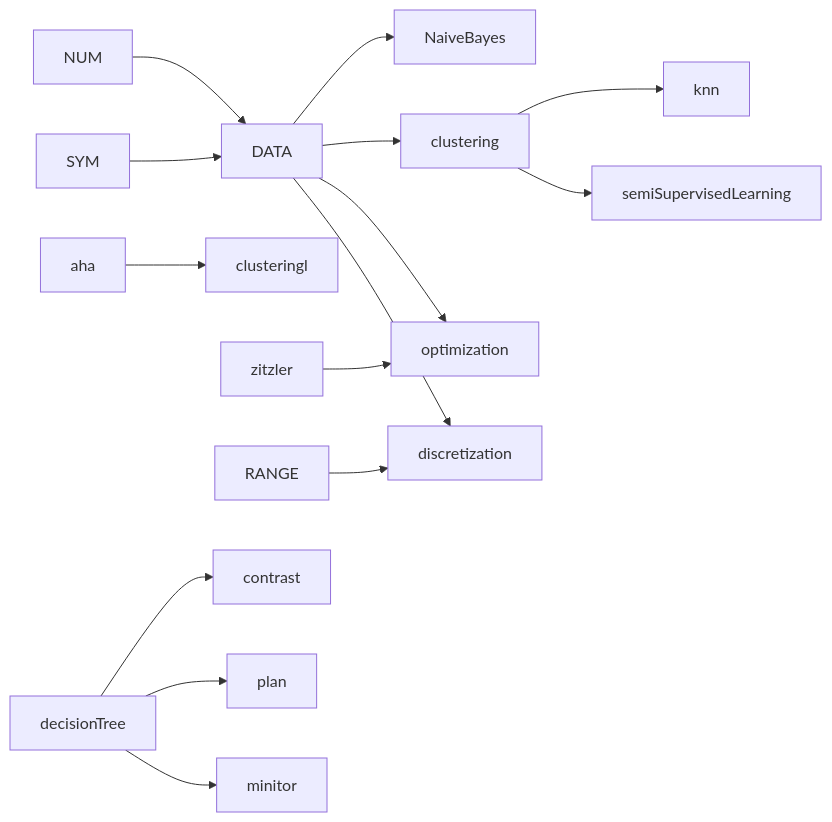
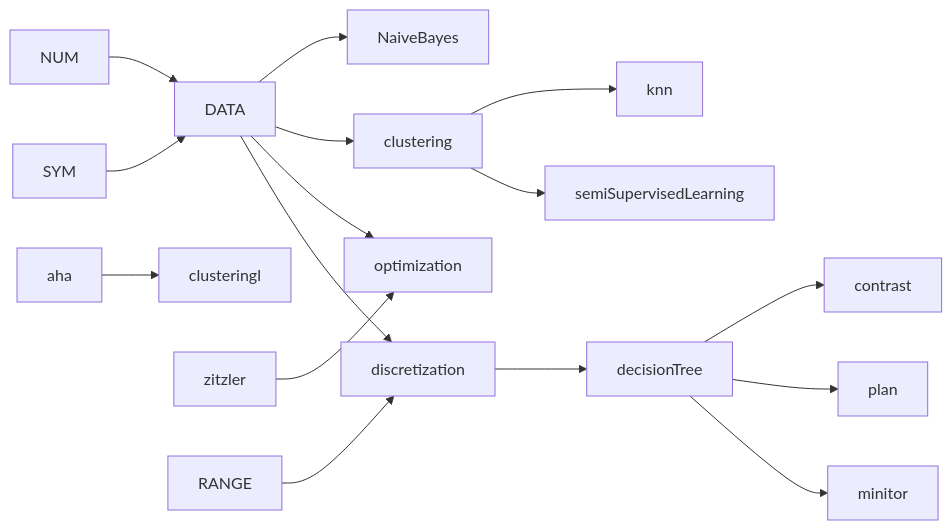
One commit to timm/tested changed the diagram in README.md. Above: the diagram before and after it, drawn with Mermaid.

````diff
--- a/README.md
+++ b/README.md
@@ -17,16 +17,16 @@
 ```mermaid
 graph LR;
     NUM-->DATA-->NaiveBayes;
     SYM-->DATA;
     DATA-->clustering;
     aha-->clusteringl
     clustering-->knn;
     clustering-->semiSupervisedLearning;
     zitzler-->optimization;
     DATA-->optimization;
     DATA-->discretization;
-    RANGE-->discretization;
+    RANGE-->discretization -->decisionTree
     decisionTree-->contrast;
     decisionTree-->plan;
     decisionTree-->minitor;
 ```
````
